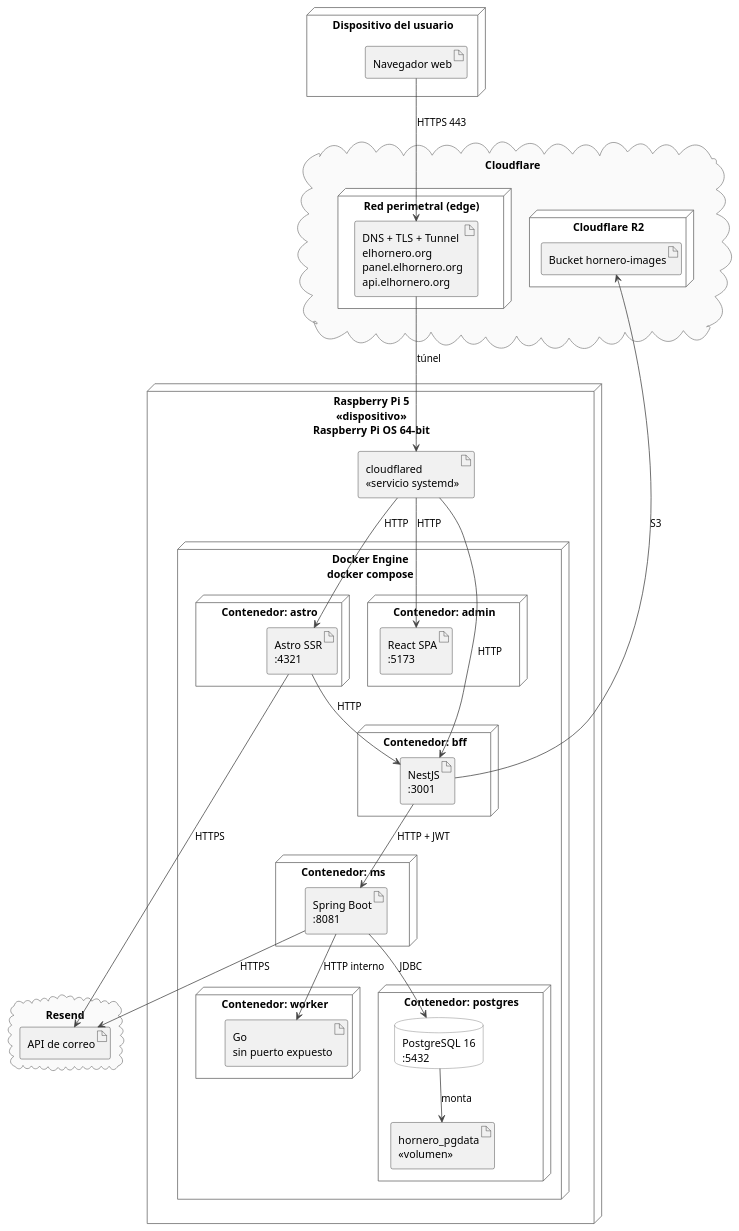
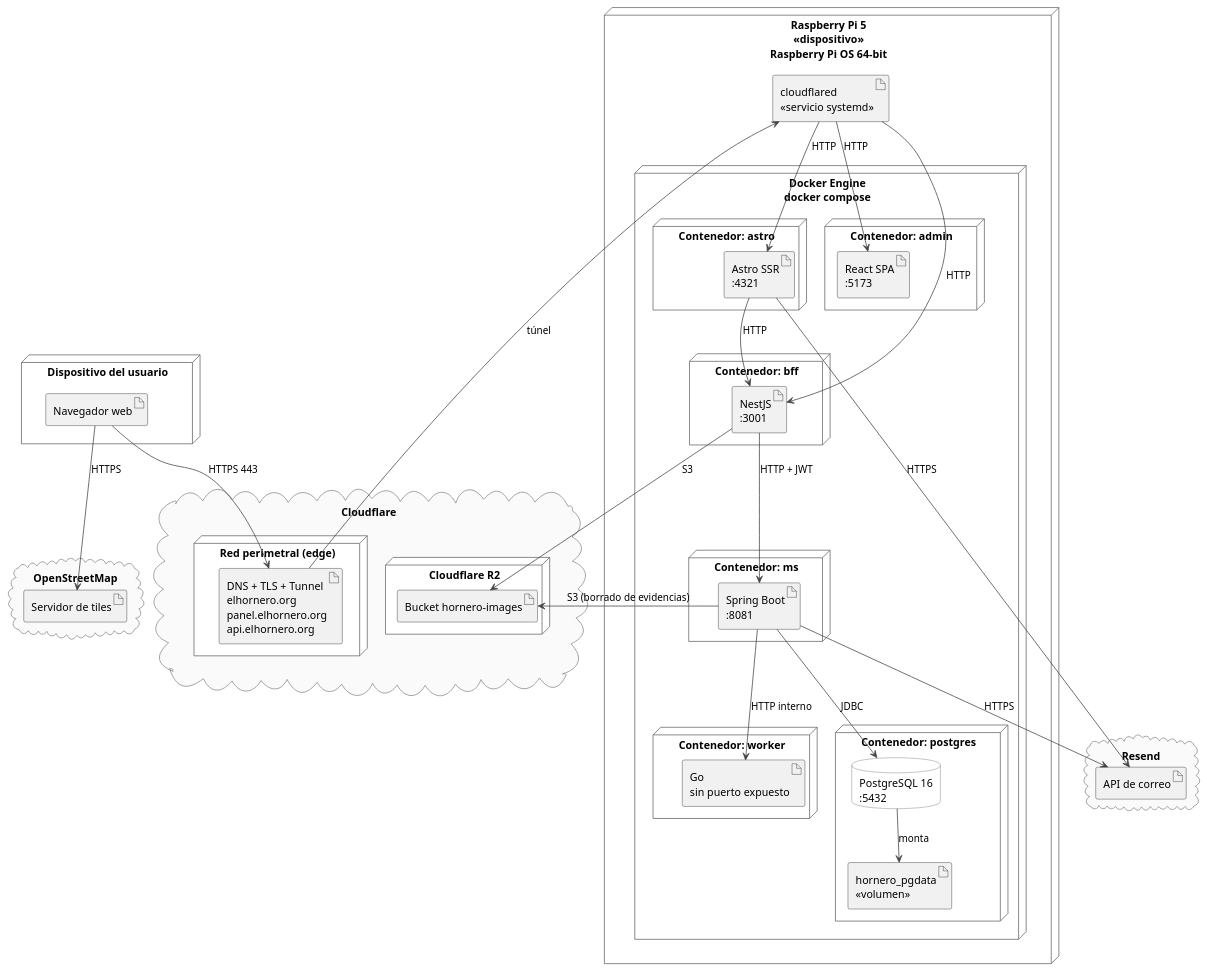
One commit to S21-Projects/hornero_monorepo changed the diagram in docs/tesis/diagramas/despliegue/raspberry.puml. Above: the diagram before and after it, drawn with PlantUML. The commit also changed 7 other files, not shown here.

Commit message:
docs(tfg): add map tiles and evidence deletion to architecture diagrams

```diff
--- a/docs/tesis/diagramas/despliegue/raspberry.puml
+++ b/docs/tesis/diagramas/despliegue/raspberry.puml
@@ -1,85 +1,91 @@
 @startuml
 skinparam shadowing false
 skinparam defaultFontName Helvetica
 skinparam ArrowColor #444444
 skinparam nodesep 25
 skinparam ranksep 45
 skinparam node {
   BackgroundColor #FFFFFF
   BorderColor #666666
 }
 skinparam database {
   BackgroundColor #FFFFFF
   BorderColor #666666
 }
 skinparam cloud {
   BackgroundColor #FAFAFA
   BorderColor #888888
 }
 
 node "Dispositivo del usuario" as cliente {
   artifact "Navegador web" as navegador
 }
 
 cloud "Cloudflare" as cf {
   node "Red perimetral (edge)" as edge {
     artifact "DNS + TLS + Tunnel\nelhornero.org\npanel.elhornero.org\napi.elhornero.org" as tunnel
   }
   node "Cloudflare R2" as r2 {
     artifact "Bucket hornero-images" as bucket
   }
 }
 
 cloud "Resend" as resendCloud {
   artifact "API de correo" as mailer
 }
 
+cloud "OpenStreetMap" as osm {
+  artifact "Servidor de tiles" as tiles
+}
+
 node "Raspberry Pi 5\n<<dispositivo>>\nRaspberry Pi OS 64-bit" as pi {
 
   artifact "cloudflared\n<<servicio systemd>>" as cloudflared
 
   node "Docker Engine\ndocker compose" as docker {
 
     node "Contenedor: astro" as cAstro {
       artifact "Astro SSR\n:4321" as astro
     }
     node "Contenedor: admin" as cAdmin {
       artifact "React SPA\n:5173" as admin
     }
     node "Contenedor: bff" as cBff {
       artifact "NestJS\n:3001" as bff
     }
     node "Contenedor: ms" as cMs {
       artifact "Spring Boot\n:8081" as ms
     }
     node "Contenedor: worker" as cWorker {
       artifact "Go\nsin puerto expuesto" as worker
     }
     node "Contenedor: postgres" as cPg {
       database "PostgreSQL 16\n:5432" as db
       artifact "hornero_pgdata\n<<volumen>>" as vol
     }
   }
 }
 
 navegador --> tunnel : HTTPS 443
+navegador --> tiles : HTTPS
 
 tunnel --> cloudflared : túnel
 cloudflared --> astro : HTTP
 cloudflared --> admin : HTTP
 cloudflared --> bff : HTTP
 
 astro --> bff : HTTP
 bff --> ms : HTTP + JWT
 ms --> db : JDBC
 ms --> worker : HTTP interno
 db --> vol : monta
 
 bff --> bucket : S3
+ms --> bucket : S3 (borrado de evidencias)
 ms --> mailer : HTTPS
 astro --> mailer : HTTPS
 
 cliente -[hidden]down- cf
 cf -[hidden]down- pi
 
 @enduml
```
